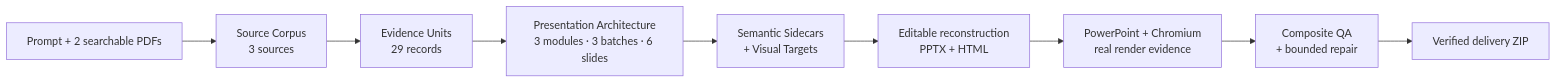
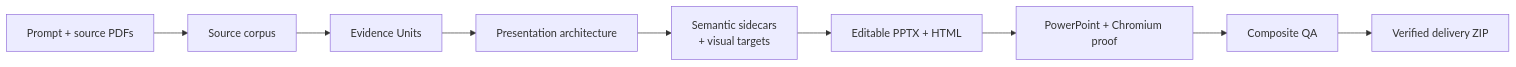
One commit to CAPTW/PPTXGenerator changed the diagram in README.md. Above: the diagram before and after it, drawn with Mermaid. The commit also changed other lines of this file and 1 other file, not shown here.

````diff
--- a/README.md
+++ b/README.md
@@ -42,11 +36,11 @@
 ```mermaid
 flowchart LR
-    A["Prompt + 2 searchable PDFs"] --> B["Source Corpus<br/>3 sources"]
-    B --> C["Evidence Units<br/>29 records"]
-    C --> D["Presentation Architecture<br/>3 modules · 3 batches · 6 slides"]
-    D --> E["Semantic Sidecars<br/>+ Visual Targets"]
-    E --> F["Editable reconstruction<br/>PPTX + HTML"]
-    F --> G["PowerPoint + Chromium<br/>real render evidence"]
-    G --> H["Composite QA<br/>+ bounded repair"]
+    A["Prompt + source PDFs"] --> B["Source corpus"]
+    B --> C["Evidence Units"]
+    C --> D["Presentation architecture"]
+    D --> E["Semantic sidecars<br/>+ visual targets"]
+    E --> F["Editable PPTX + HTML"]
+    F --> G["PowerPoint + Chromium proof"]
+    G --> H["Composite QA"]
     H --> I["Verified delivery ZIP"]
 ```
````
